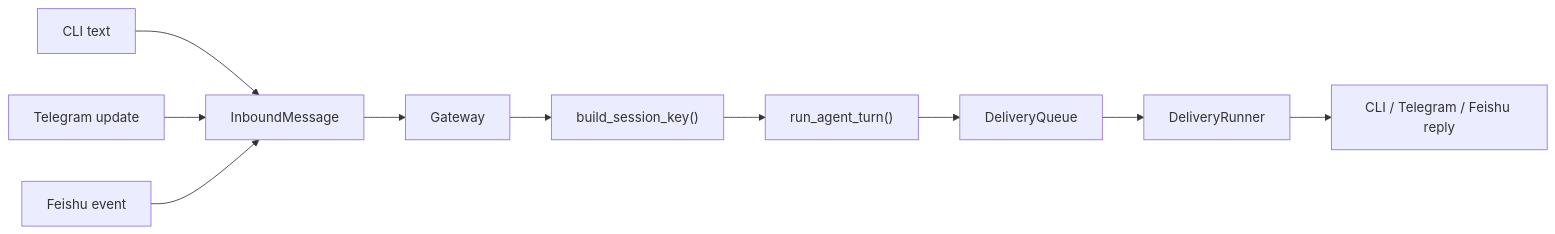
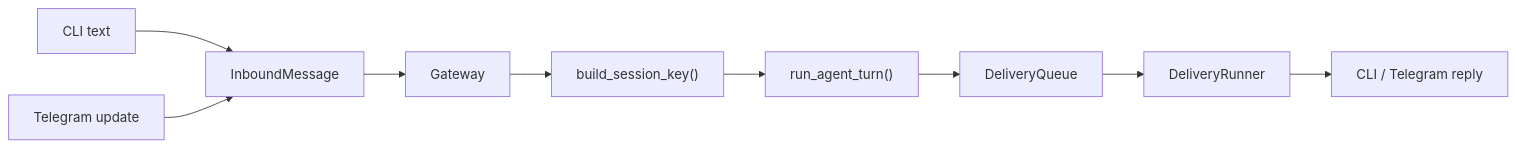
The third of 3 diagrams in README.md (dahuangggg/zx-code), drawn with Mermaid before and after one commit. The commit also changed other lines of this file and 33 other files, not shown here.

````diff
--- a/README.md
+++ b/README.md
@@ -243,12 +242,11 @@
 ```mermaid
 flowchart LR
     CLI["CLI text"] --> Inbound["InboundMessage"]
     TG["Telegram update"] --> Inbound
-    FS["Feishu event"] --> Inbound
     Inbound --> Gateway["Gateway"]
     Gateway --> SessionKey["build_session_key()"]
     SessionKey --> Agent["run_agent_turn()"]
     Agent --> Queue["DeliveryQueue"]
     Queue --> Runner["DeliveryRunner"]
-    Runner --> Out["CLI / Telegram / Feishu reply"]
+    Runner --> Out["CLI / Telegram reply"]
 ```
````
